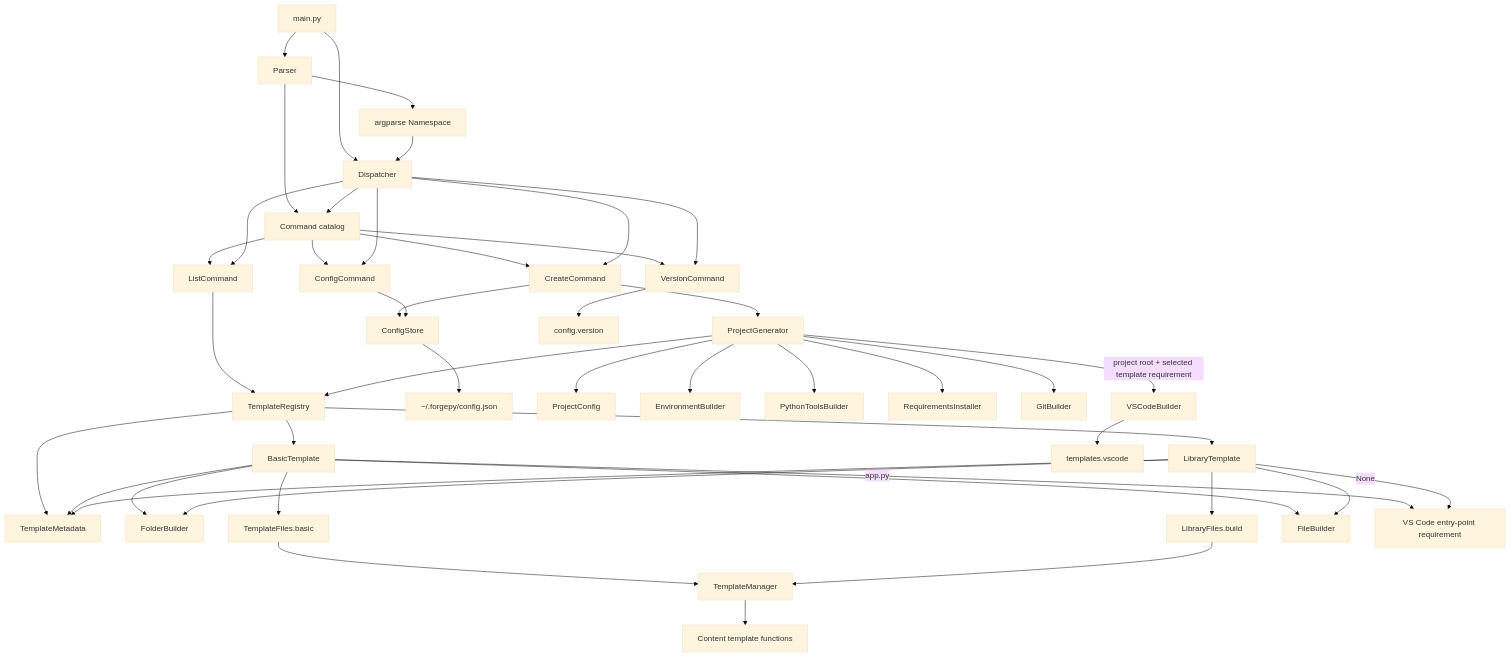
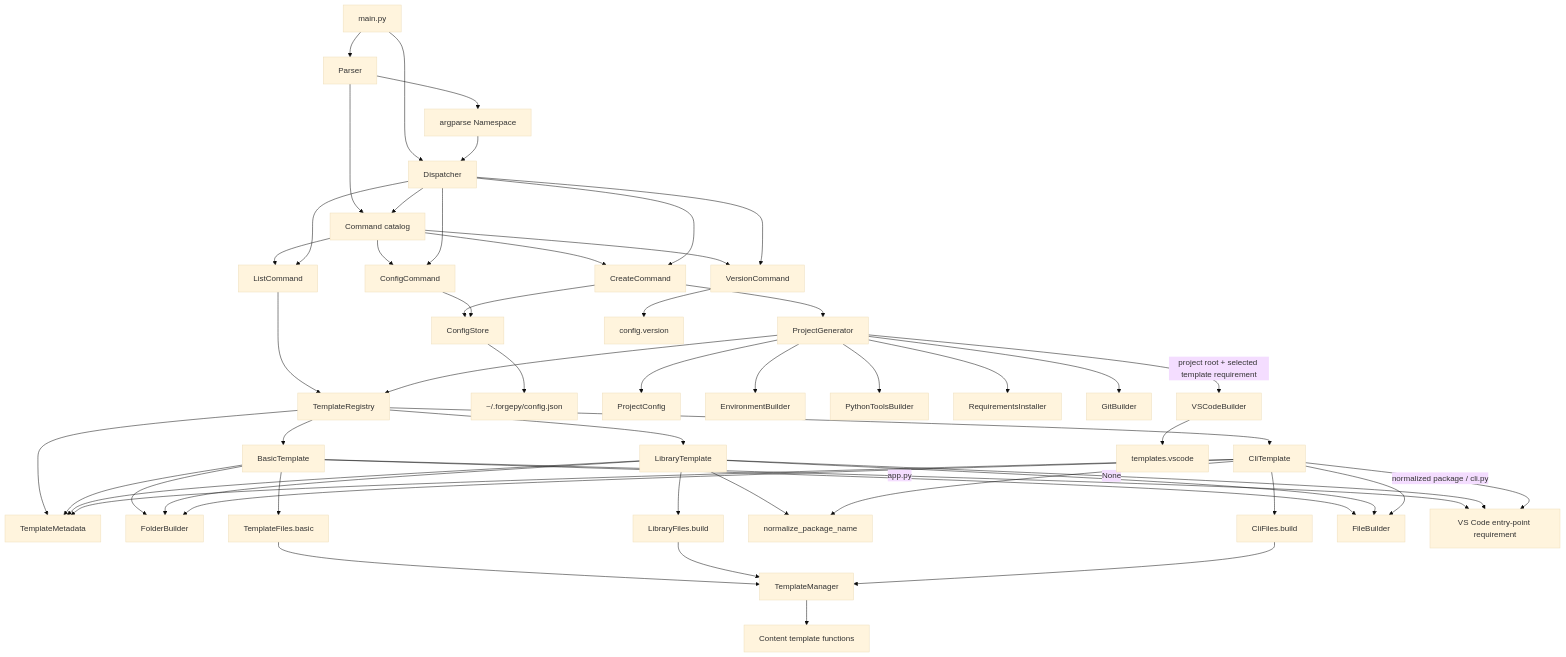
Before and after one commit to rendyzou89/ForgePy: the second of 4 diagrams in ARCHITECTURE.md, drawn with Mermaid (base theme). The commit also changed other lines of this file and 13 other files, not shown here.

Commit message:
feat(template): add built-in cli template

````diff
--- a/ARCHITECTURE.md
+++ b/ARCHITECTURE.md
@@ -109,52 +114,61 @@
 ```mermaid
 flowchart TD
     Main[main.py] --> Parser[Parser]
     Main --> Dispatcher[Dispatcher]
     Parser --> Namespace[argparse Namespace]
     Namespace --> Dispatcher
 
     Parser --> Catalog[Command catalog]
     Dispatcher --> Catalog
     Catalog --> Create[CreateCommand]
     Catalog --> List[ListCommand]
     Catalog --> Version[VersionCommand]
     Catalog --> Config[ConfigCommand]
 
     Dispatcher --> Create
     Dispatcher --> List
     Dispatcher --> Version
     Dispatcher --> Config
 
     Create --> UserConfig
     Create --> Generator[ProjectGenerator]
     List --> Registry[TemplateRegistry]
     Registry --> TemplateMetadata[TemplateMetadata]
     Version --> VersionConfig[config.version]
     Config --> UserConfig[ConfigStore]
     UserConfig --> ConfigFile[~/.forgepy/config.json]
 
     Generator --> ProjectConfig[ProjectConfig]
     Generator --> Registry
     Registry --> Basic[BasicTemplate]
     Registry --> Library[LibraryTemplate]
+    Registry --> Cli[CliTemplate]
     Basic --> TemplateMetadata
     Library --> TemplateMetadata
+    Cli --> TemplateMetadata
     Basic --> FolderBuilder[FolderBuilder]
     Basic --> TemplateFiles[TemplateFiles.basic]
     TemplateFiles --> TemplateManager[TemplateManager]
     Library --> FolderBuilder
     Library --> LibraryFiles[LibraryFiles.build]
     LibraryFiles --> TemplateManager
+    Library --> PackageName[normalize_package_name]
+    Cli --> FolderBuilder
+    Cli --> CliFiles[CliFiles.build]
+    CliFiles --> TemplateManager
+    Cli --> PackageName
     TemplateManager --> Content[Content template functions]
     Basic --> FileBuilder[FileBuilder]
     Library --> FileBuilder
+    Cli --> FileBuilder
     Basic -->|app.py| VSCodeRequirement[VS Code entry-point requirement]
     Library -->|None| VSCodeRequirement
+    Cli -->|normalized package / cli.py| VSCodeRequirement
 
     Generator --> Environment[EnvironmentBuilder]
     Generator --> PythonTools[PythonToolsBuilder]
     Generator --> Requirements[RequirementsInstaller]
     Generator --> Git[GitBuilder]
     Generator -->|project root + selected template requirement| VSCode[VSCodeBuilder]
     VSCode --> VSCodeTemplates[templates.vscode]
 ```
````
